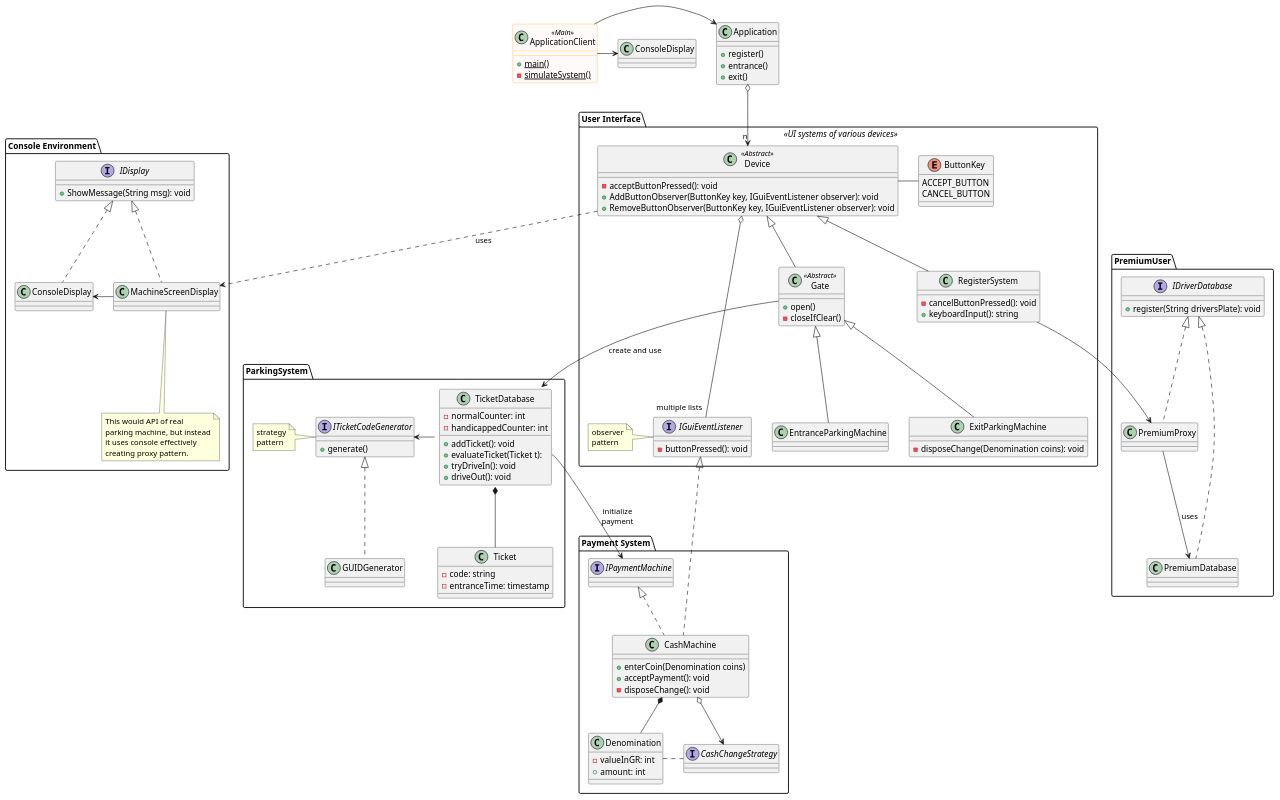
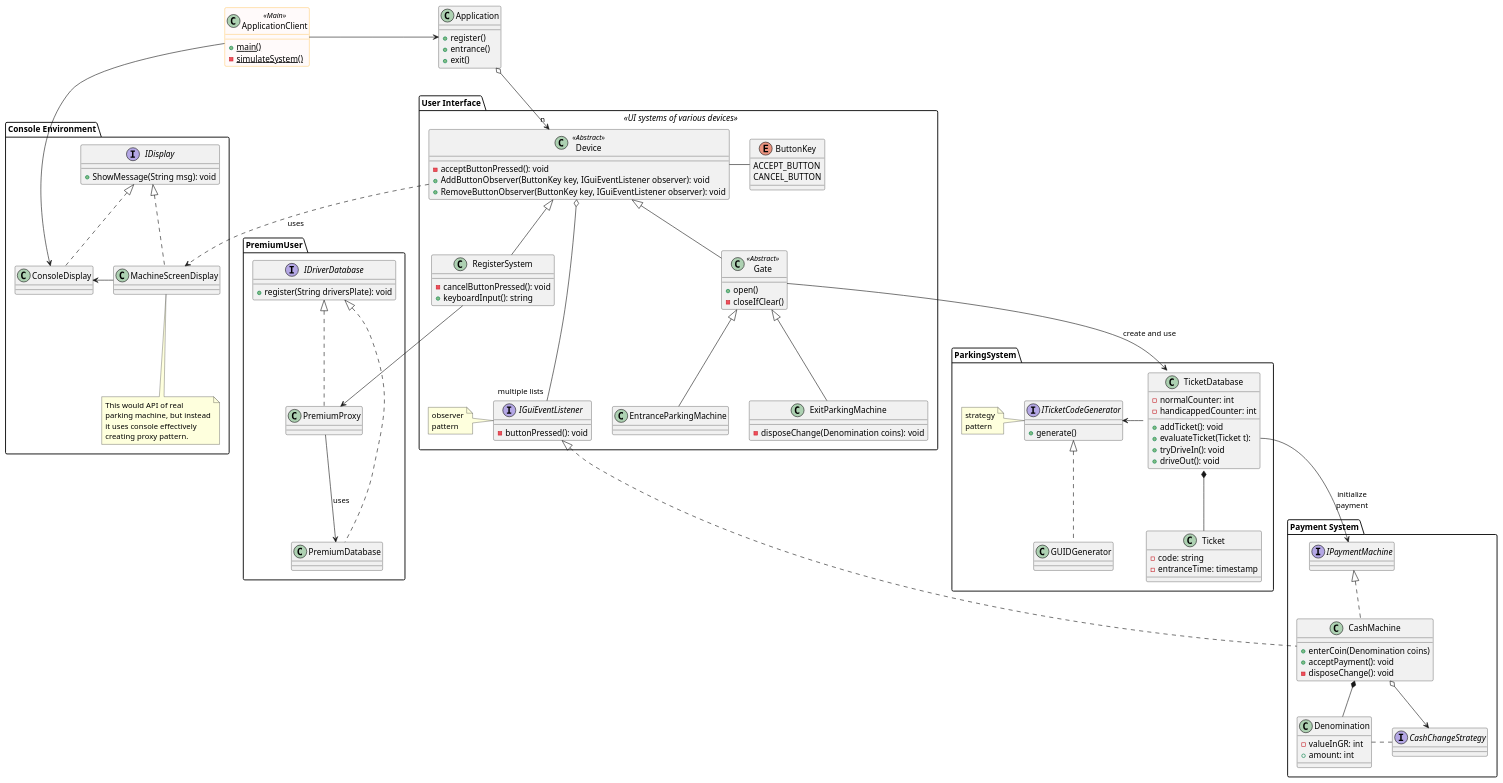
Before and after one commit to CKTA00/TO_proj: the diagram in uml/main_uml.puml, drawn with PlantUML.

Commit message:
Fixed ConsoleDisplay class outside of its package

```diff
--- a/uml/main_uml.puml
+++ b/uml/main_uml.puml
@@ -1,182 +1,183 @@
 @startuml
 
 skinparam class {
 BackgroundColor<<Main>> Snow
 BorderColor<<Main>> Orange
 }
 skinparam stereotypeCBackgroundColor<< Main >> Khaki
 
 class ApplicationClient<<Main>>
 {
     +{static}main()
     -{static}simulateSystem()
 }
 
 class Application
 {
     +register()
     +entrance()
     +exit()
 }
 
 ApplicationClient -> Application
-ApplicationClient -> ConsoleDisplay
+
 
 package "Payment System"{
    interface IPaymentMachine
    {
    }
 
    class CashMachine implements IPaymentMachine
    {
        +enterCoin(Denomination coins)
        +acceptPayment(): void
        -disposeChange(): void
    }
 
    class Denomination
    {
        -valueInGR: int
        +amount: int
    }
 
    interface CashChangeStrategy
    {
 
    }
 }
 
 package "Console Environment"{
     interface IDisplay{
         +ShowMessage(String msg): void
     }
 
     class ConsoleDisplay implements IDisplay{
     }
 
     class MachineScreenDisplay implements IDisplay{
     }
 
     Note bottom of MachineScreenDisplay: This would API of real\nparking machine, but instead\nit uses console effectively\ncreating proxy pattern.
 
 
     MachineScreenDisplay -> ConsoleDisplay
+    ApplicationClient -> ConsoleDisplay
 }
 
 
 package "User Interface"<<UI systems of various devices>>{
 
 
     class Device <<Abstract>>{
         -acceptButtonPressed(): void
         +AddButtonObserver(ButtonKey key, IGuiEventListener observer): void
         +RemoveButtonObserver(ButtonKey key, IGuiEventListener observer): void
     }
 
 
     class RegisterSystem extends Device
     {
         -cancelButtonPressed(): void
         +keyboardInput(): string
     }
 
     class Gate<<Abstract>> extends Device{
         +open()
         -closeIfClear()
     }
 
 
 
     enum ButtonKey{
         ACCEPT_BUTTON
         CANCEL_BUTTON
     }
 
 
     class ExitParkingMachine extends Gate
     {
         -disposeChange(Denomination coins): void
     }
 
     class EntranceParkingMachine extends Gate
     {
 
     }
 
 
     interface IGuiEventListener
     {
         -buttonPressed(): void
     }
     note left: observer\npattern
 
 
     Device ..> MachineScreenDisplay: uses
 }
 
 
 
 package ParkingSystem{
     class TicketDatabase{
         -normalCounter: int
         -handicappedCounter: int
         +addTicket(): void
         +evaluateTicket(Ticket t):
         +tryDriveIn(): void
         +driveOut(): void
     }
 
     class Ticket{
         -code: string
         -entranceTime: timestamp
     }
 
     interface ITicketCodeGenerator
     {
         +generate()
     }
     note left: strategy\npattern
 
     class GUIDGenerator implements ITicketCodeGenerator
 
     TicketDatabase *-- Ticket
     TicketDatabase -> ITicketCodeGenerator
 
     ' ? class PremiumPlaces implements IPlaceCounter
 }
 
 package PremiumUser{
 
     interface IDriverDatabase
     {
         +register(String driversPlate): void
     }
     class PremiumProxy implements IDriverDatabase{
 
     }
     class PremiumDatabase implements IDriverDatabase{
     }
 
 
     PremiumProxy --> PremiumDatabase :uses
 }
 
 CashMachine o--> CashChangeStrategy
 CashMachine *-- Denomination
 Denomination . CashChangeStrategy
 
 
 IGuiEventListener <|.. CashMachine
 
 
 Device o---"multiple lists" IGuiEventListener
 
 Gate --> TicketDatabase: create and use
 RegisterSystem --> PremiumProxy
 
 TicketDatabase::evaluateTicket --> IPaymentMachine :initialize\npayment
 Application o-->"n" Device
 
 Device - ButtonKey
 
 @enduml
```
